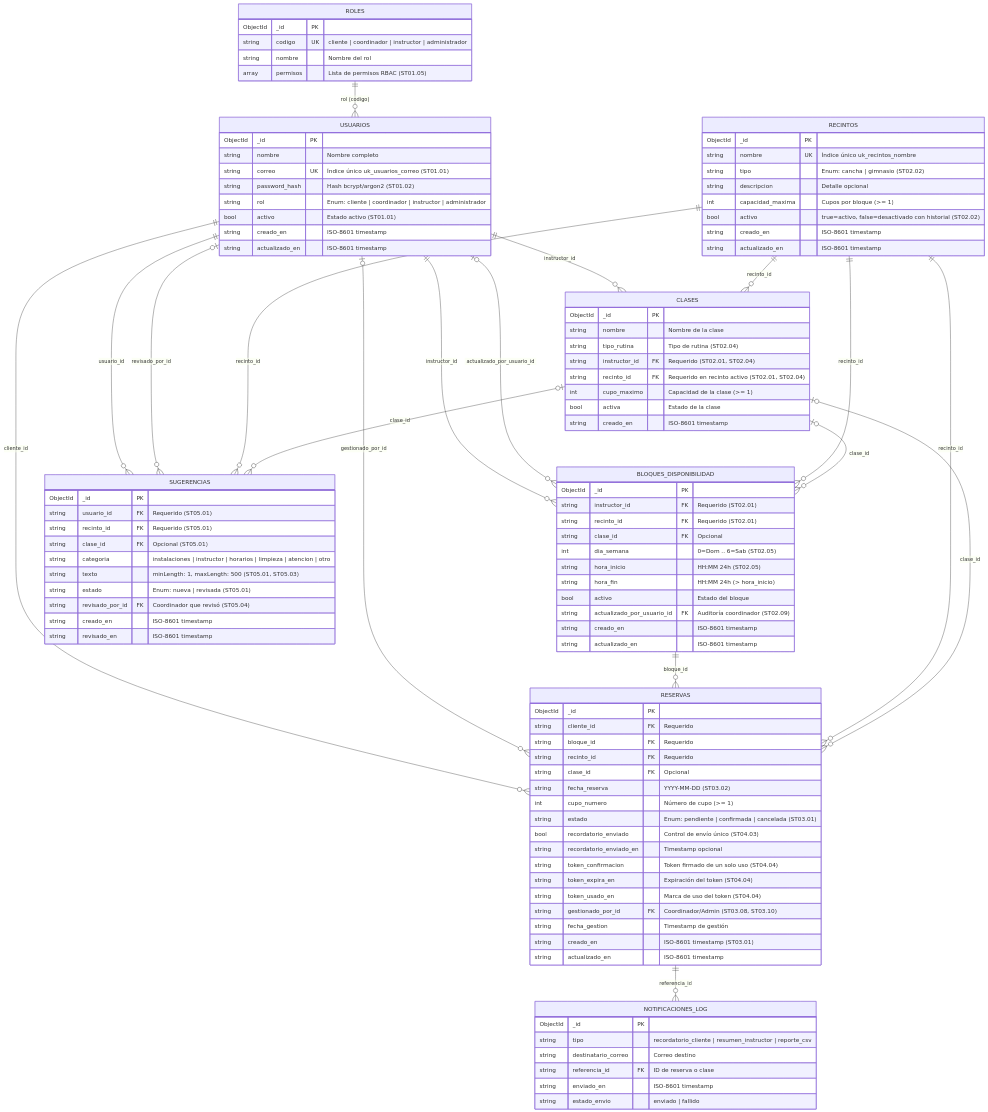
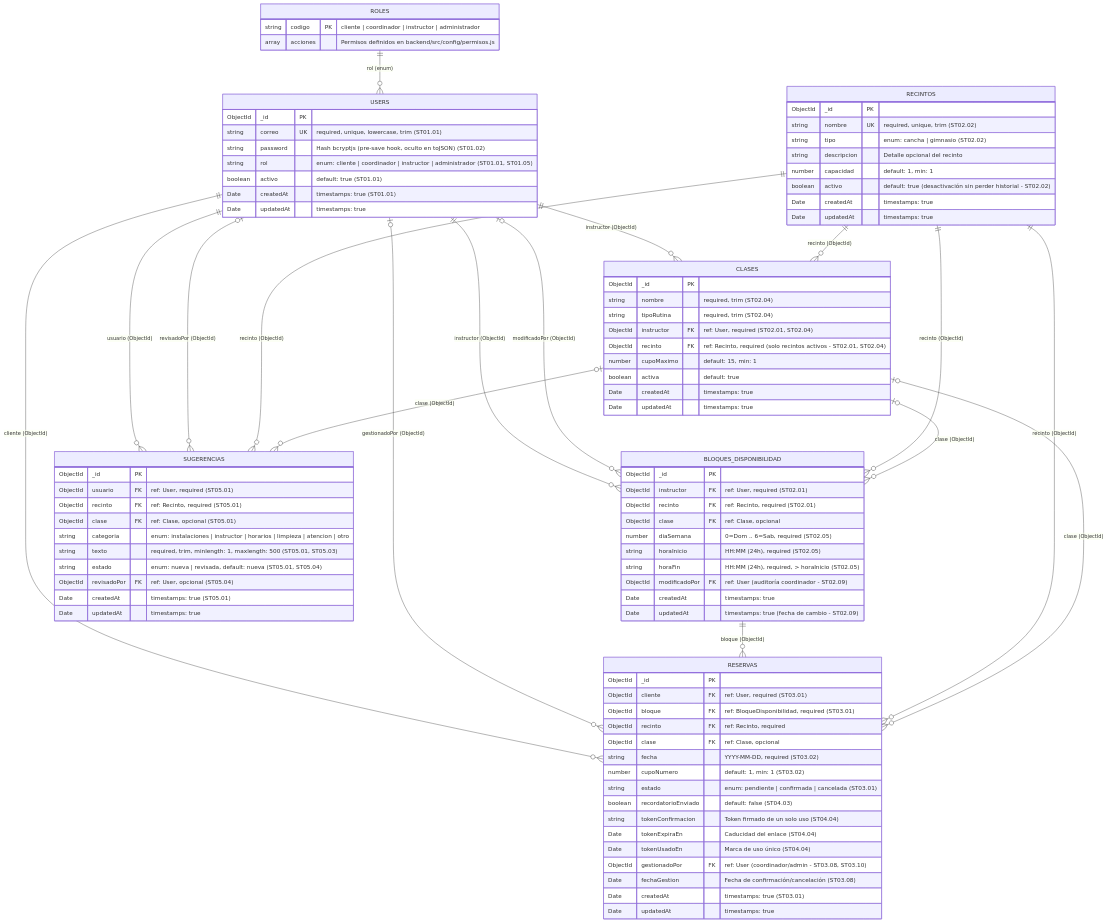
Before and after one commit to jlconcepcion/Grupo1_4taCohorte_DesarrolloDeSoftware: the second of 2 diagrams in docs/modelo_entidad_relacion.md, drawn with Mermaid. The commit also changed other lines of this file and 1 other file, not shown here.

Commit message:
db(TR.03): alinear modelo E-R y esquemas MongoDB con arquitectura React/Vite y Express/Mongoose

````diff
--- a/docs/modelo_entidad_relacion.md
+++ b/docs/modelo_entidad_relacion.md
@@ -57,116 +35,102 @@
 ```mermaid
 erDiagram
-    ROLES ||--o{ USUARIOS : "rol (codigo)"
-    USUARIOS ||--o{ CLASES : "instructor_id"
-    RECINTOS ||--o{ CLASES : "recinto_id"
-    USUARIOS ||--o{ BLOQUES_DISPONIBILIDAD : "instructor_id"
-    USUARIOS |o--o{ BLOQUES_DISPONIBILIDAD : "actualizado_por_usuario_id"
-    RECINTOS ||--o{ BLOQUES_DISPONIBILIDAD : "recinto_id"
-    CLASES |o--o{ BLOQUES_DISPONIBILIDAD : "clase_id"
-    USUARIOS ||--o{ RESERVAS : "cliente_id"
-    USUARIOS |o--o{ RESERVAS : "gestionado_por_id"
-    BLOQUES_DISPONIBILIDAD ||--o{ RESERVAS : "bloque_id"
-    RECINTOS ||--o{ RESERVAS : "recinto_id"
-    CLASES |o--o{ RESERVAS : "clase_id"
-    RESERVAS ||--o{ NOTIFICACIONES_LOG : "referencia_id"
-    USUARIOS ||--o{ SUGERENCIAS : "usuario_id"
-    USUARIOS |o--o{ SUGERENCIAS : "revisado_por_id"
-    RECINTOS ||--o{ SUGERENCIAS : "recinto_id"
-    CLASES |o--o{ SUGERENCIAS : "clase_id"
+    ROLES ||--o{ USERS : "rol (enum)"
+    USERS ||--o{ CLASES : "instructor (ObjectId)"
+    RECINTOS ||--o{ CLASES : "recinto (ObjectId)"
+    USERS ||--o{ BLOQUES_DISPONIBILIDAD : "instructor (ObjectId)"
+    USERS |o--o{ BLOQUES_DISPONIBILIDAD : "modificadoPor (ObjectId)"
+    RECINTOS ||--o{ BLOQUES_DISPONIBILIDAD : "recinto (ObjectId)"
+    CLASES |o--o{ BLOQUES_DISPONIBILIDAD : "clase (ObjectId)"
+    USERS ||--o{ RESERVAS : "cliente (ObjectId)"
+    USERS |o--o{ RESERVAS : "gestionadoPor (ObjectId)"
+    BLOQUES_DISPONIBILIDAD ||--o{ RESERVAS : "bloque (ObjectId)"
+    RECINTOS ||--o{ RESERVAS : "recinto (ObjectId)"
+    CLASES |o--o{ RESERVAS : "clase (ObjectId)"
+    USERS ||--o{ SUGERENCIAS : "usuario (ObjectId)"
+    USERS |o--o{ SUGERENCIAS : "revisadoPor (ObjectId)"
+    RECINTOS ||--o{ SUGERENCIAS : "recinto (ObjectId)"
+    CLASES |o--o{ SUGERENCIAS : "clase (ObjectId)"
 
     ROLES {
-        ObjectId _id PK
-        string codigo UK "cliente | coordinador | instructor | administrador"
-        string nombre "Nombre del rol"
-        array permisos "Lista de permisos RBAC (ST01.05)"
+        string codigo PK "cliente | coordinador | instructor | administrador"
+        array acciones "Permisos definidos en backend/src/config/permisos.js"
     }
 
-    USUARIOS {
+    USERS {
         ObjectId _id PK
-        string nombre "Nombre completo"
-        string correo UK "Índice único uk_usuarios_correo (ST01.01)"
-        string password_hash "Hash bcrypt/argon2 (ST01.02)"
-        string rol "Enum: cliente | coordinador | instructor | administrador"
-        bool activo "Estado activo (ST01.01)"
-        string creado_en "ISO-8601 timestamp"
-        string actualizado_en "ISO-8601 timestamp"
+        string correo UK "required, unique, lowercase, trim (ST01.01)"
+        string password "Hash bcryptjs (pre-save hook, oculto en toJSON) (ST01.02)"
+        string rol "enum: cliente | coordinador | instructor | administrador (ST01.01, ST01.05)"
+        boolean activo "default: true (ST01.01)"
+        Date createdAt "timestamps: true (ST01.01)"
+        Date updatedAt "timestamps: true"
     }
 
     RECINTOS {
         ObjectId _id PK
-        string nombre UK "Índice único uk_recintos_nombre"
-        string tipo "Enum: cancha | gimnasio (ST02.02)"
-        string descripcion "Detalle opcional"
-        int capacidad_maxima "Cupos por bloque (>= 1)"
-        bool activo "true=activo, false=desactivado con historial (ST02.02)"
-        string creado_en "ISO-8601 timestamp"
-        string actualizado_en "ISO-8601 timestamp"
+        string nombre UK "required, unique, trim (ST02.02)"
+        string tipo "enum: cancha | gimnasio (ST02.02)"
+        string descripcion "Detalle opcional del recinto"
+        number capacidad "default: 1, min: 1"
+        boolean activo "default: true (desactivación sin perder historial - ST02.02)"
+        Date createdAt "timestamps: true"
+        Date updatedAt "timestamps: true"
     }
 
     CLASES {
         ObjectId _id PK
-        string nombre "Nombre de la clase"
-        string tipo_rutina "Tipo de rutina (ST02.04)"
-        string instructor_id FK "Requerido (ST02.01, ST02.04)"
-        string recinto_id FK "Requerido en recinto activo (ST02.01, ST02.04)"
-        int cupo_maximo "Capacidad de la clase (>= 1)"
-        bool activa "Estado de la clase"
-        string creado_en "ISO-8601 timestamp"
+        string nombre "required, trim (ST02.04)"
+        string tipoRutina "required, trim (ST02.04)"
+        ObjectId instructor FK "ref: User, required (ST02.01, ST02.04)"
+        ObjectId recinto FK "ref: Recinto, required (solo recintos activos - ST02.01, ST02.04)"
+        number cupoMaximo "default: 15, min: 1"
+        boolean activa "default: true"
+        Date createdAt "timestamps: true"
+        Date updatedAt "timestamps: true"
     }
 
     BLOQUES_DISPONIBILIDAD {
         ObjectId _id PK
-        string instructor_id FK "Requerido (ST02.01)"
-        string recinto_id FK "Requerido (ST02.01)"
-        string clase_id FK "Opcional"
-        int dia_semana "0=Dom .. 6=Sab (ST02.05)"
-        string hora_inicio "HH:MM 24h (ST02.05)"
-        string hora_fin "HH:MM 24h (> hora_inicio)"
-        bool activo "Estado del bloque"
-        string actualizado_por_usuario_id FK "Auditoría coordinador (ST02.09)"
-        string creado_en "ISO-8601 timestamp"
-        string actualizado_en "ISO-8601 timestamp"
+        ObjectId instructor FK "ref: User, required (ST02.01)"
+        ObjectId recinto FK "ref: Recinto, required (ST02.01)"
+        ObjectId clase FK "ref: Clase, opcional"
+        number diaSemana "0=Dom .. 6=Sab, required (ST02.05)"
+        string horaInicio "HH:MM (24h), required (ST02.05)"
+        string horaFin "HH:MM (24h), required, > horaInicio (ST02.05)"
+        ObjectId modificadoPor FK "ref: User (auditoría coordinador - ST02.09)"
+        Date createdAt "timestamps: true"
+        Date updatedAt "timestamps: true (fecha de cambio - ST02.09)"
     }
 
     RESERVAS {
         ObjectId _id PK
-        string cliente_id FK "Requerido"
-        string bloque_id FK "Requerido"
-        string recinto_id FK "Requerido"
-        string clase_id FK "Opcional"
-        string fecha_reserva "YYYY-MM-DD (ST03.02)"
-        int cupo_numero "Número de cupo (>= 1)"
-        string estado "Enum: pendiente | confirmada | cancelada (ST03.01)"
-        bool recordatorio_enviado "Control de envío único (ST04.03)"
-        string recordatorio_enviado_en "Timestamp opcional"
-        string token_confirmacion "Token firmado de un solo uso (ST04.04)"
-        string token_expira_en "Expiración del token (ST04.04)"
-        string token_usado_en "Marca de uso del token (ST04.04)"
-        string gestionado_por_id FK "Coordinador/Admin (ST03.08, ST03.10)"
-        string fecha_gestion "Timestamp de gestión"
-        string creado_en "ISO-8601 timestamp (ST03.01)"
-        string actualizado_en "ISO-8601 timestamp"
-    }
-
-    NOTIFICACIONES_LOG {
-        ObjectId _id PK
-        string tipo "recordatorio_cliente | resumen_instructor | reporte_csv"
-        string destinatario_correo "Correo destino"
-        string referencia_id FK "ID de reserva o clase"
-        string enviado_en "ISO-8601 timestamp"
-        string estado_envio "enviado | fallido"
+        ObjectId cliente FK "ref: User, required (ST03.01)"
+        ObjectId bloque FK "ref: BloqueDisponibilidad, required (ST03.01)"
+        ObjectId recinto FK "ref: Recinto, required"
+        ObjectId clase FK "ref: Clase, opcional"
+        string fecha "YYYY-MM-DD, required (ST03.02)"
+        number cupoNumero "default: 1, min: 1 (ST03.02)"
+        string estado "enum: pendiente | confirmada | cancelada (ST03.01)"
+        boolean recordatorioEnviado "default: false (ST04.03)"
+        string tokenConfirmacion "Token firmado de un solo uso (ST04.04)"
+        Date tokenExpiraEn "Caducidad del enlace (ST04.04)"
+        Date tokenUsadoEn "Marca de uso único (ST04.04)"
+        ObjectId gestionadoPor FK "ref: User (coordinador/admin - ST03.08, ST03.10)"
+        Date fechaGestion "Fecha de confirmación/cancelación (ST03.08)"
+        Date createdAt "timestamps: true (ST03.01)"
+        Date updatedAt "timestamps: true"
     }
 
     SUGERENCIAS {
         ObjectId _id PK
-        string usuario_id FK "Requerido (ST05.01)"
-        string recinto_id FK "Requerido (ST05.01)"
-        string clase_id FK "Opcional (ST05.01)"
-        string categoria "instalaciones | instructor | horarios | limpieza | atencion | otro"
-        string texto "minLength: 1, maxLength: 500 (ST05.01, ST05.03)"
-        string estado "Enum: nueva | revisada (ST05.01)"
-        string revisado_por_id FK "Coordinador que revisó (ST05.04)"
-        string creado_en "ISO-8601 timestamp"
-        string revisado_en "ISO-8601 timestamp"
+        ObjectId usuario FK "ref: User, required (ST05.01)"
+        ObjectId recinto FK "ref: Recinto, required (ST05.01)"
+        ObjectId clase FK "ref: Clase, opcional (ST05.01)"
+        string categoria "enum: instalaciones | instructor | horarios | limpieza | atencion | otro"
+        string texto "required, trim, minlength: 1, maxlength: 500 (ST05.01, ST05.03)"
+        string estado "enum: nueva | revisada, default: nueva (ST05.01, ST05.04)"
+        ObjectId revisadoPor FK "ref: User, opcional (ST05.04)"
+        Date createdAt "timestamps: true (ST05.01)"
+        Date updatedAt "timestamps: true"
     }
 ```
````
